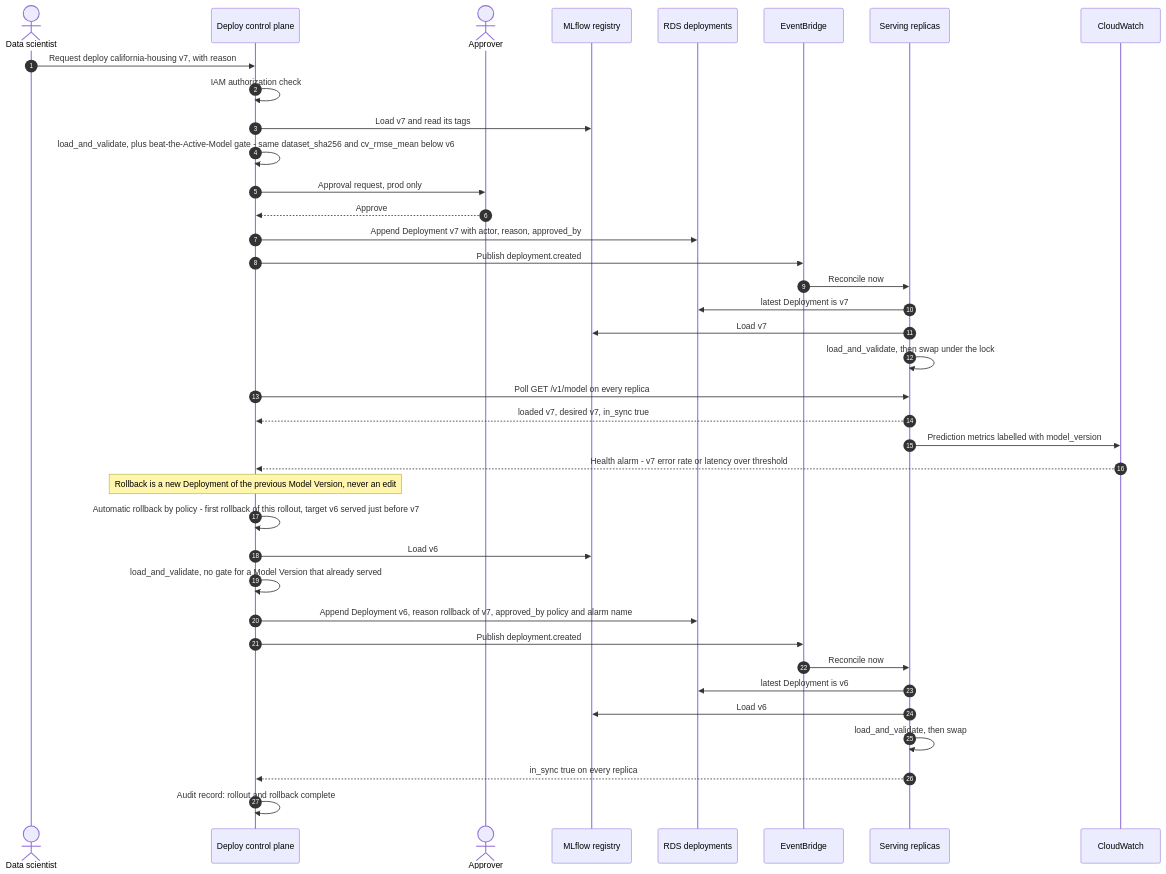
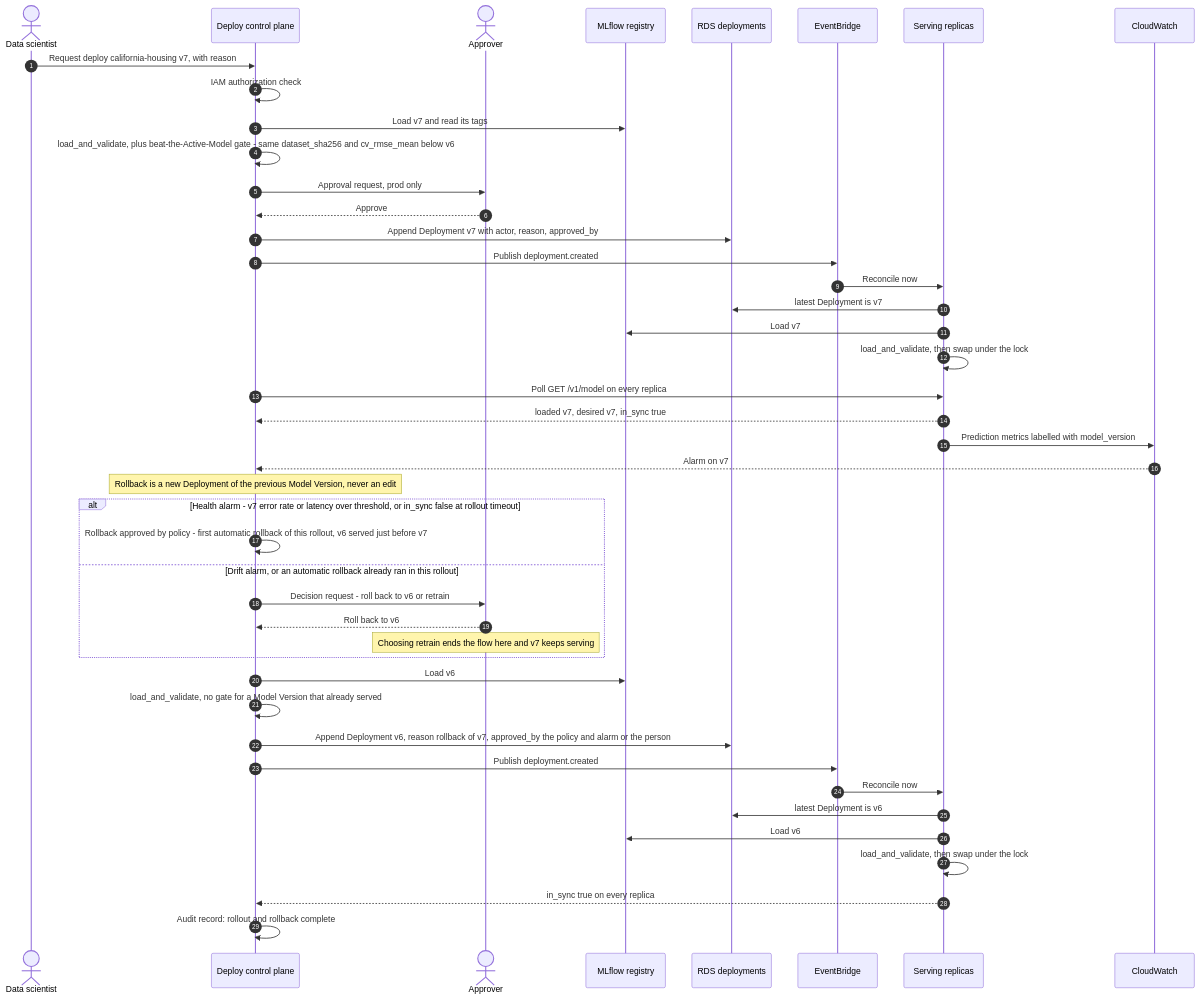
One commit to spagnoloe/ml-experimentation-platform changed the second of 2 diagrams in docs/architecture-production.md. Above: the diagram before and after it, drawn with Mermaid.

Commit message:
docs: Show both rollback paths in the rollout diagram
The diagram showed only the automatic rollback, while the text also sends
drift alarms, and a second rollback in one rollout, to a person. It now
shows both branches.

````diff
--- a/docs/architecture-production.md
+++ b/docs/architecture-production.md
@@ -90,41 +90,47 @@
 ```mermaid
 sequenceDiagram
   autonumber
   actor DS as Data scientist
   participant CP as Deploy control plane
   actor AP as Approver
   participant MLF as MLflow registry
   participant DB as RDS deployments
   participant EB as EventBridge
   participant R as Serving replicas
   participant CW as CloudWatch
 
   DS->>CP: Request deploy california-housing v7, with reason
   CP->>CP: IAM authorization check
   CP->>MLF: Load v7 and read its tags
   CP->>CP: load_and_validate, plus beat-the-Active-Model gate - same dataset_sha256 and cv_rmse_mean below v6
   CP->>AP: Approval request, prod only
   AP-->>CP: Approve
   CP->>DB: Append Deployment v7 with actor, reason, approved_by
   CP->>EB: Publish deployment.created
   EB->>R: Reconcile now
   R->>DB: latest Deployment is v7
   R->>MLF: Load v7
   R->>R: load_and_validate, then swap under the lock
   CP->>R: Poll GET /v1/model on every replica
   R-->>CP: loaded v7, desired v7, in_sync true
   R->>CW: Prediction metrics labelled with model_version
-  CW-->>CP: Health alarm - v7 error rate or latency over threshold
+  CW-->>CP: Alarm on v7
   Note over CP: Rollback is a new Deployment of the previous Model Version, never an edit
-  CP->>CP: Automatic rollback by policy - first rollback of this rollout, target v6 served just before v7
+  alt Health alarm - v7 error rate or latency over threshold, or in_sync false at rollout timeout
+    CP->>CP: Rollback approved by policy - first automatic rollback of this rollout, v6 served just before v7
+  else Drift alarm, or an automatic rollback already ran in this rollout
+    CP->>AP: Decision request - roll back to v6 or retrain
+    AP-->>CP: Roll back to v6
+    Note over AP: Choosing retrain ends the flow here and v7 keeps serving
+  end
   CP->>MLF: Load v6
   CP->>CP: load_and_validate, no gate for a Model Version that already served
-  CP->>DB: Append Deployment v6, reason rollback of v7, approved_by policy and alarm name
+  CP->>DB: Append Deployment v6, reason rollback of v7, approved_by the policy and alarm or the person
   CP->>EB: Publish deployment.created
   EB->>R: Reconcile now
   R->>DB: latest Deployment is v6
   R->>MLF: Load v6
-  R->>R: load_and_validate, then swap
+  R->>R: load_and_validate, then swap under the lock
   R-->>CP: in_sync true on every replica
   CP->>CP: Audit record: rollout and rollback complete
 ```
````
